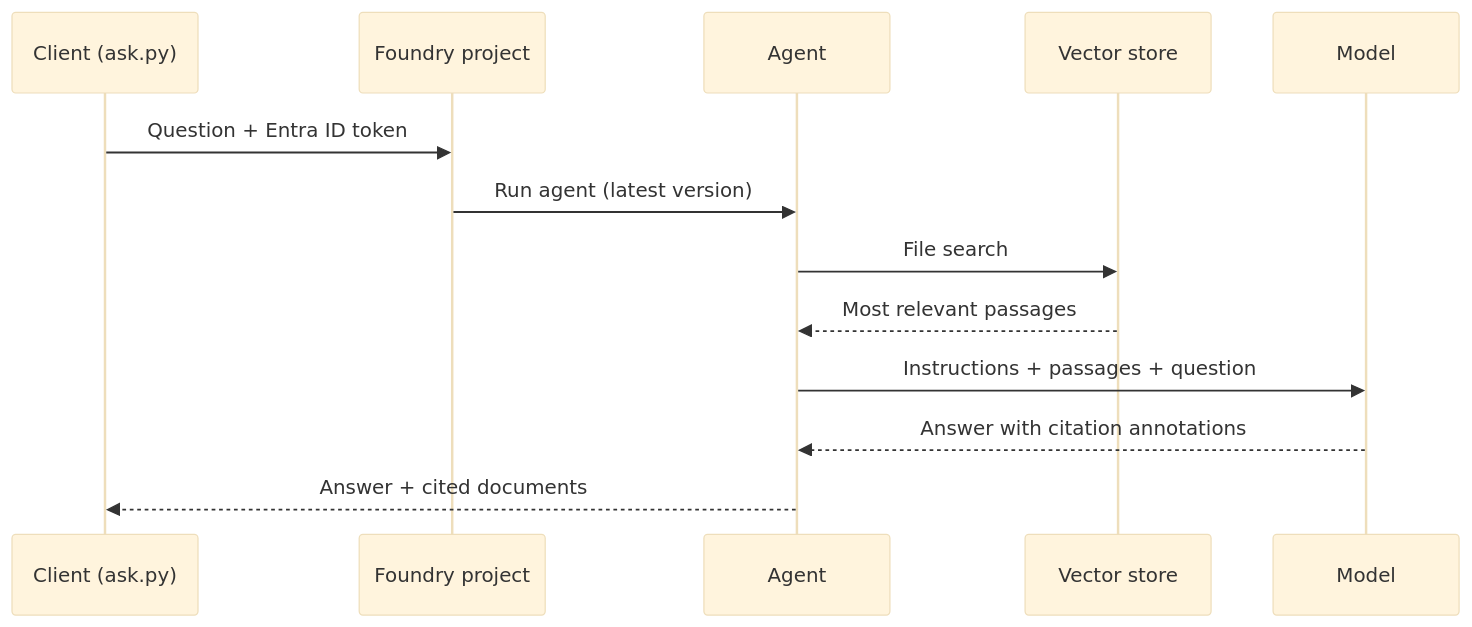
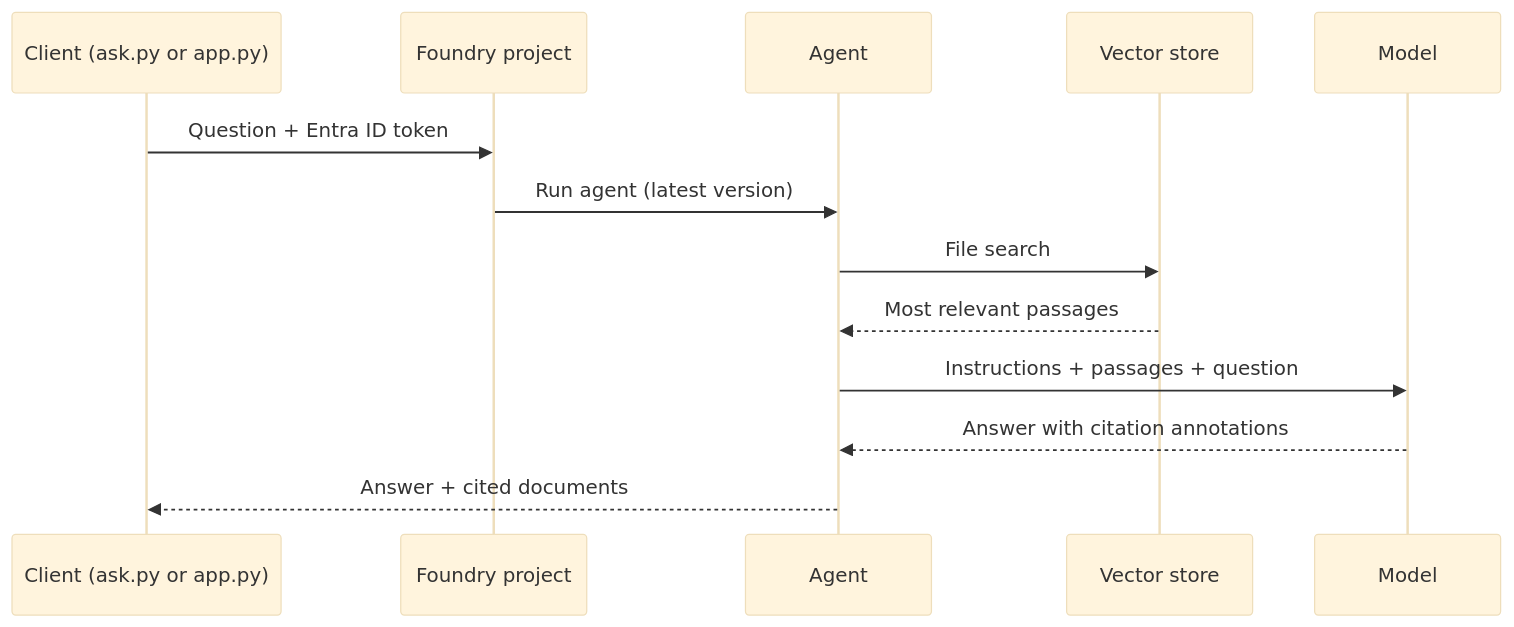
The third of 3 diagrams in README.md (alexivieni/gc-pay-agent), drawn with Mermaid (base theme) before and after one commit. The commit also changed other lines of this file and 2 other files, not shown here.

````diff
--- a/README.md
+++ b/README.md
@@ -104,15 +112,15 @@
 ```mermaid
 sequenceDiagram
-  participant C as Client (ask.py)
+  participant C as Client (ask.py or app.py)
   participant P as Foundry project
   participant A as Agent
   participant V as Vector store
   participant M as Model
   C->>P: Question + Entra ID token
   P->>A: Run agent (latest version)
   A->>V: File search
   V-->>A: Most relevant passages
   A->>M: Instructions + passages + question
   M-->>A: Answer with citation annotations
   A-->>C: Answer + cited documents
 ```
````
